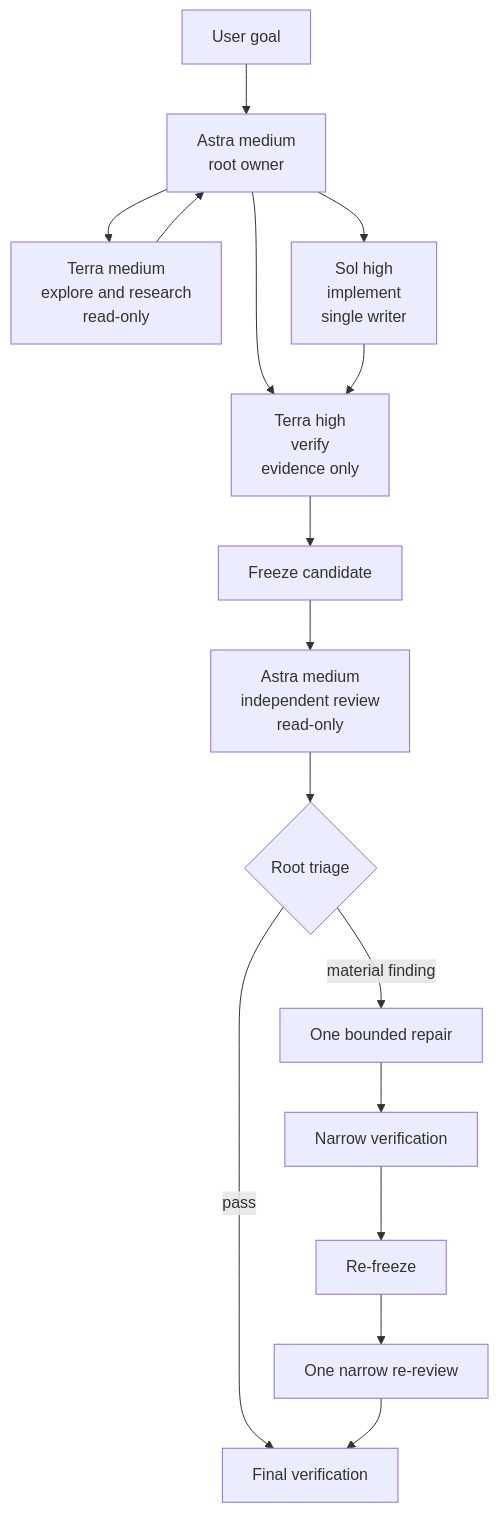
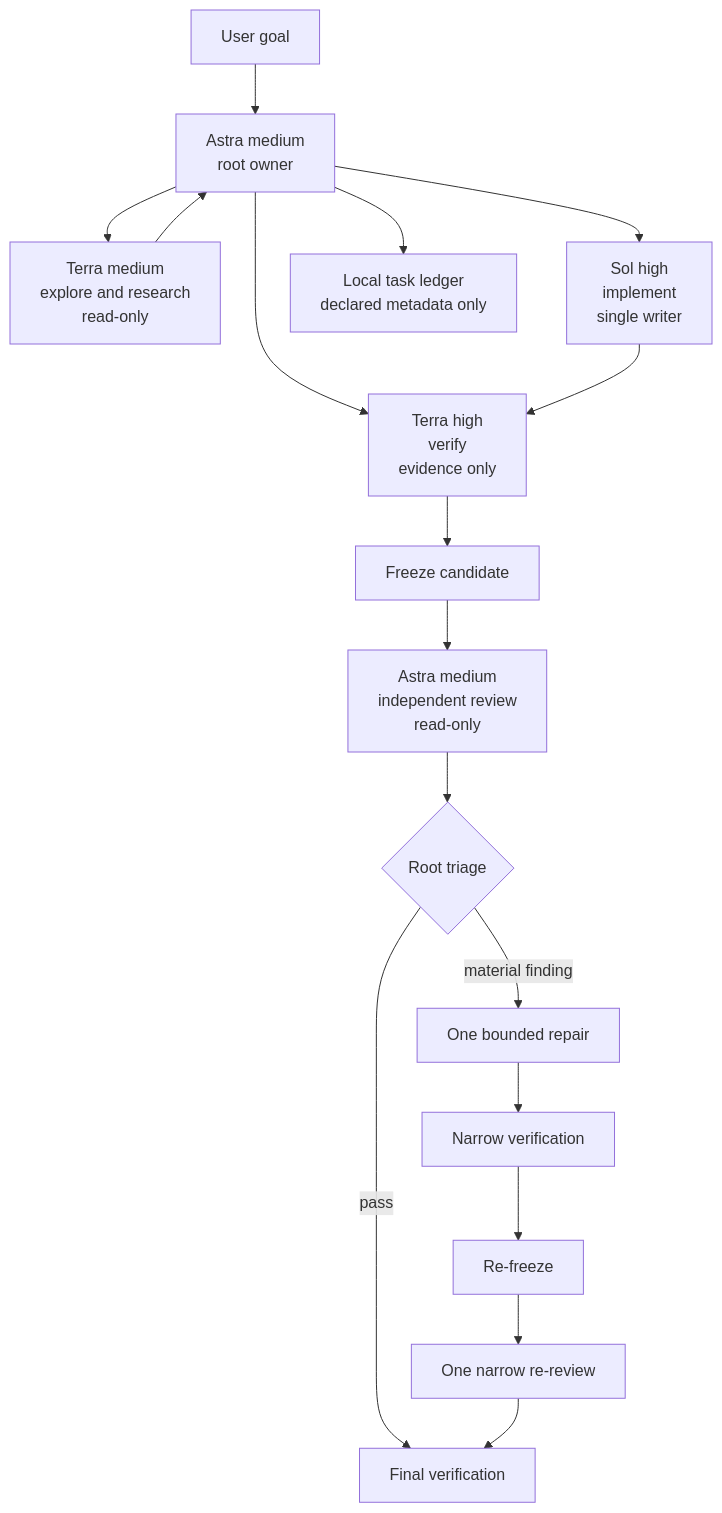
Before and after one commit to metapak/codex-bounded-orchestrator: the diagram in README.md, drawn with Mermaid. The commit also changed other lines of this file and 30 other files, not shown here.

Commit message:
feat: add bounded task ledger and expertise packs

````diff
--- a/README.md
+++ b/README.md
@@ -28,18 +30,19 @@
 ```mermaid
 flowchart TD
     U[User goal] --> O["Astra medium<br/>root owner"]
     O --> E["Terra medium<br/>explore and research<br/>read-only"]
     O --> I["Sol high<br/>implement<br/>single writer"]
     O --> V["Terra high<br/>verify<br/>evidence only"]
+    O --> L["Local task ledger<br/>declared metadata only"]
     E --> O
     I --> V
     V --> F[Freeze candidate]
     F --> R["Astra medium<br/>independent review<br/>read-only"]
     R --> T{Root triage}
     T -->|pass| D[Final verification]
     T -->|material finding| B[One bounded repair]
     B --> V2[Narrow verification]
     V2 --> F2[Re-freeze]
     F2 --> R2[One narrow re-review]
     R2 --> D
 ```
````
